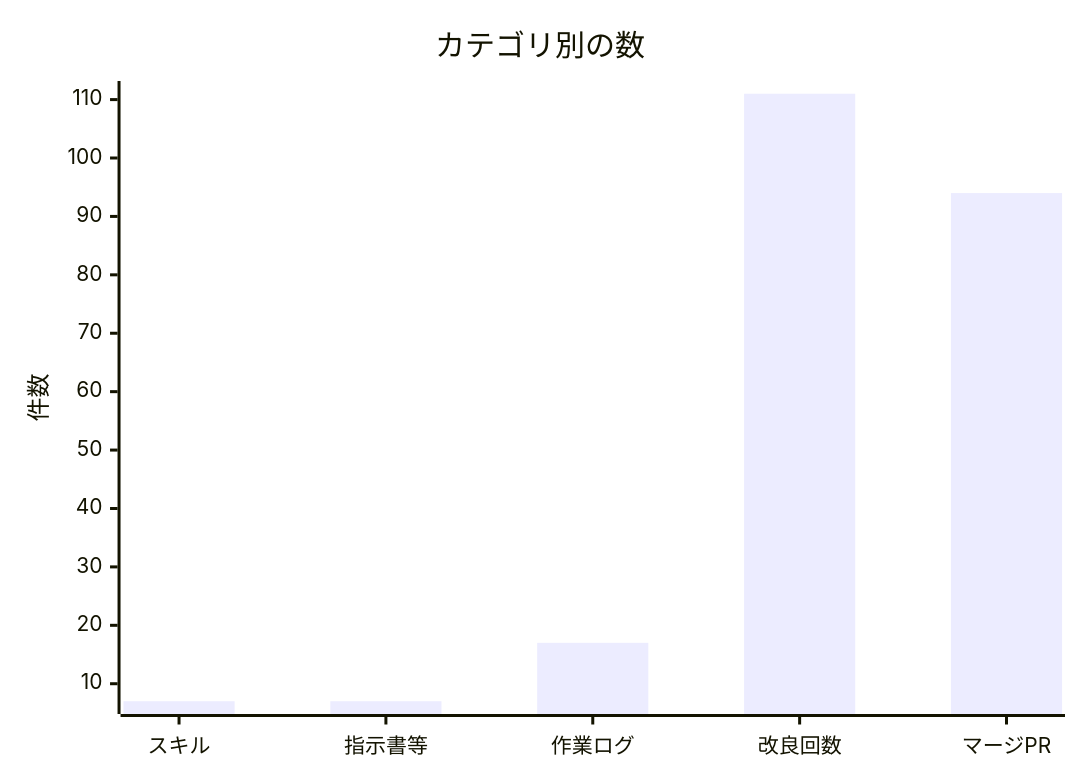
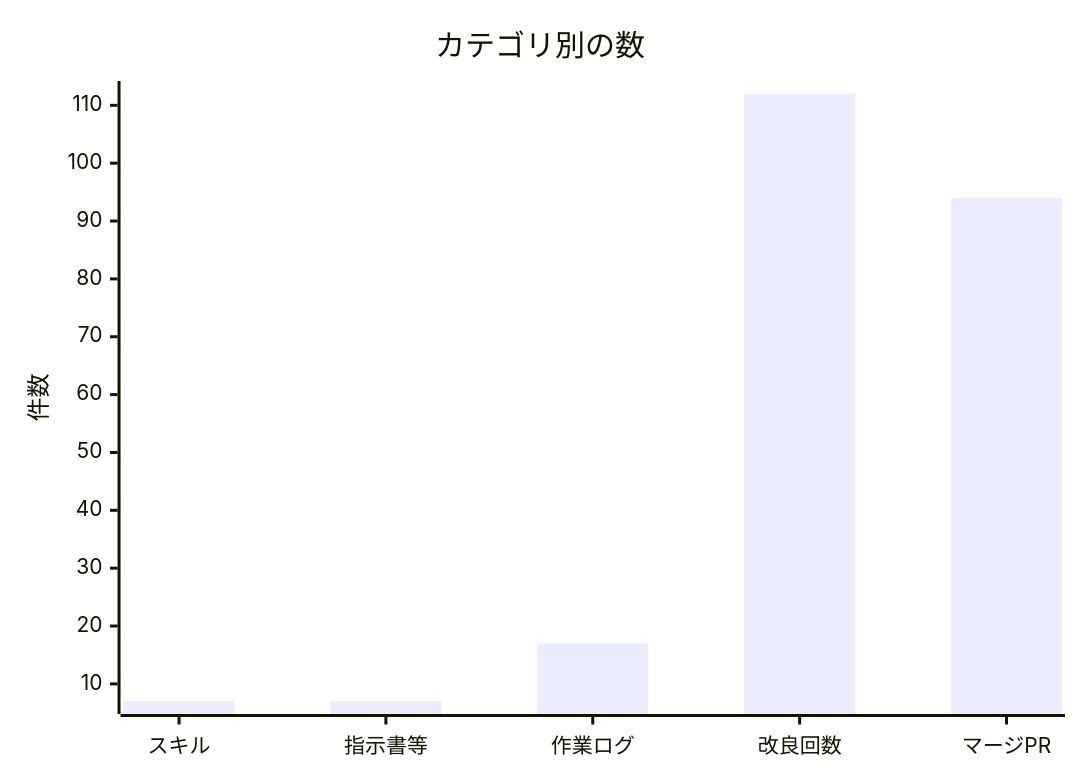
Before and after one commit to non-x2/non-x2: the second of 2 diagrams in docs/進化レポート.md, drawn with Mermaid. The commit also changed other lines of this file and 1 other file, not shown here.

````diff
--- a/docs/進化レポート.md
+++ b/docs/進化レポート.md
@@ -33,7 +33,7 @@
 ```mermaid
 xychart-beta
     title "カテゴリ別の数"
     x-axis ["スキル", "指示書等", "作業ログ", "改良回数", "マージPR"]
     y-axis "件数"
-    bar [7, 7, 17, 111, 94]
+    bar [7, 7, 17, 112, 94]
 ```
````
